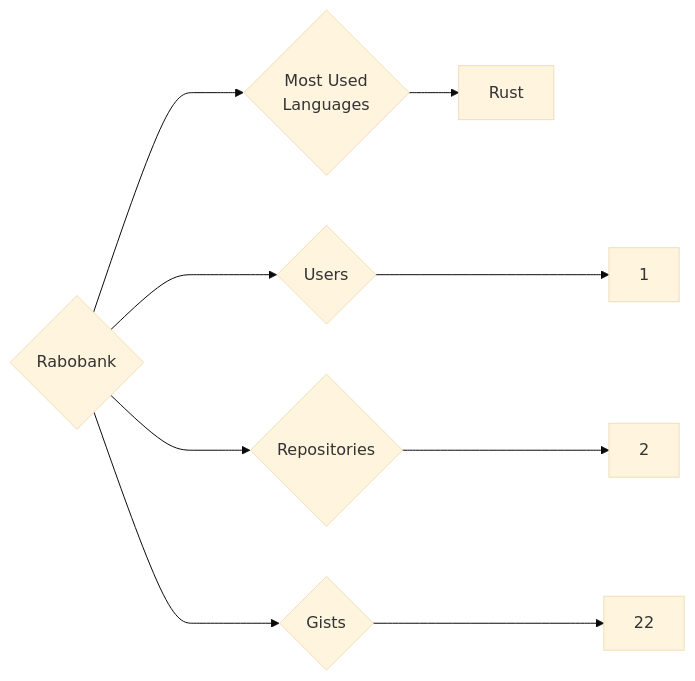
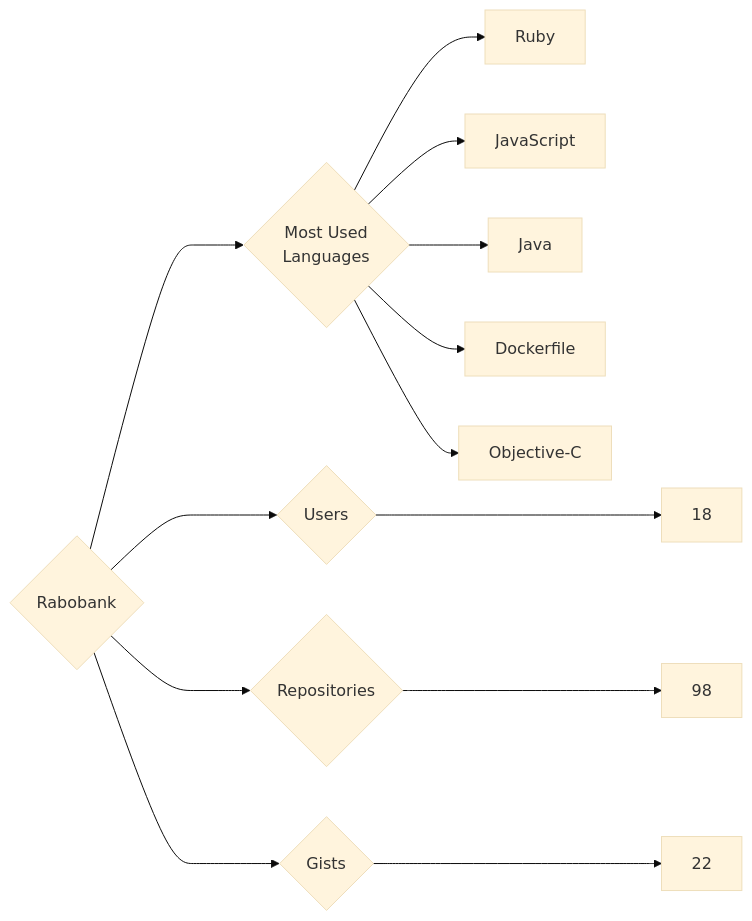
Before and after one commit to trickest/insiders: the diagram in targets/Rabobank/README.md, drawn with Mermaid (base theme). The commit also changed 715 other files, not shown here.

````diff
--- a/targets/Rabobank/README.md
+++ b/targets/Rabobank/README.md
@@ -3,9 +3,13 @@
 ```mermaid
 graph LR
 COMPANY_NAME{Rabobank}
-COMPANY_NAME ---> U{Users} ---> UN[1]
-COMPANY_NAME ---> R{Repositories} ---> RN[2]
+COMPANY_NAME ---> U{Users} ---> UN[18]
+COMPANY_NAME ---> R{Repositories} ---> RN[98]
 COMPANY_NAME ---> G{Gists} ---> GN[22]
 COMPANY_NAME ---> ML{Most Used<br>Languages}
-ML --> Rust[Rust]
+ML --> Ruby[Ruby]
+ML --> JavaScript[JavaScript]
+ML --> Java[Java]
+ML --> Dockerfile[Dockerfile]
+ML --> Objective-C[Objective-C]
 ```
````
